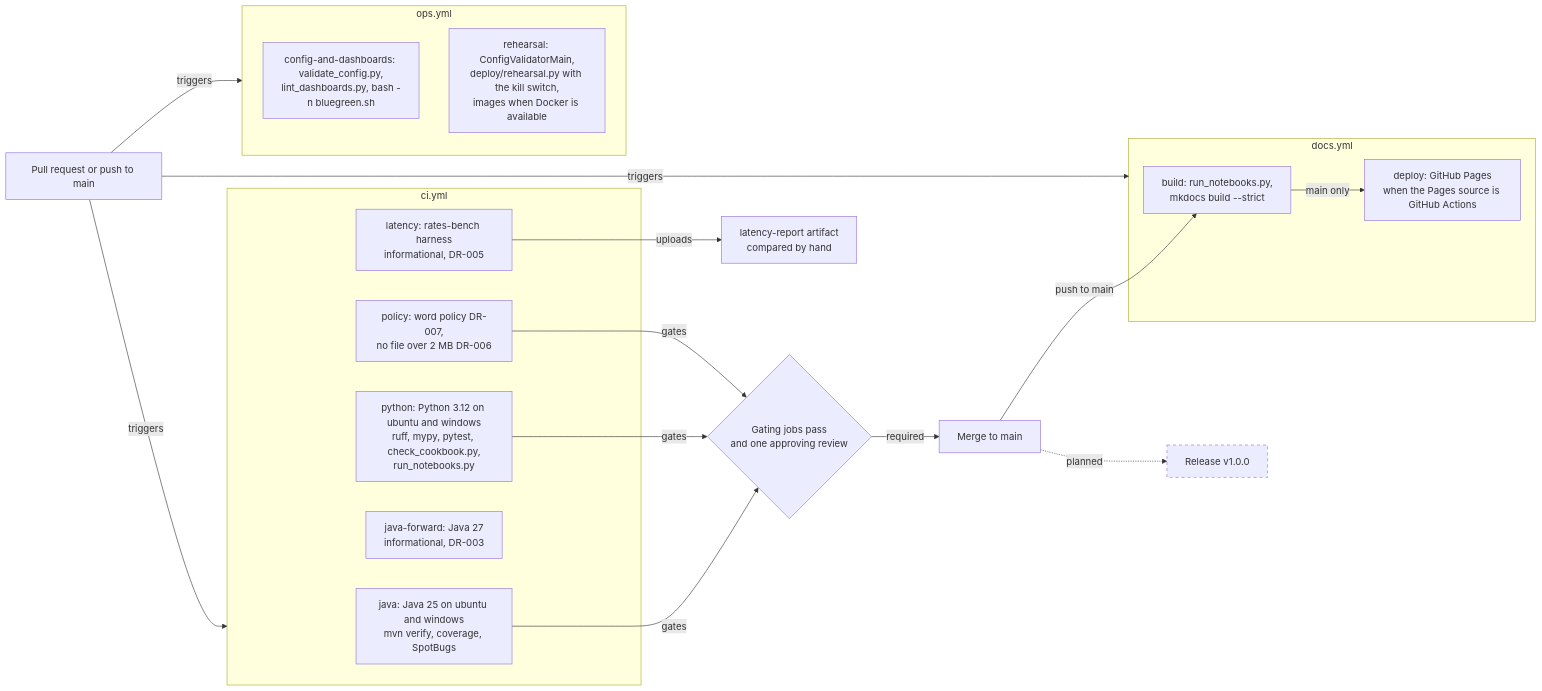
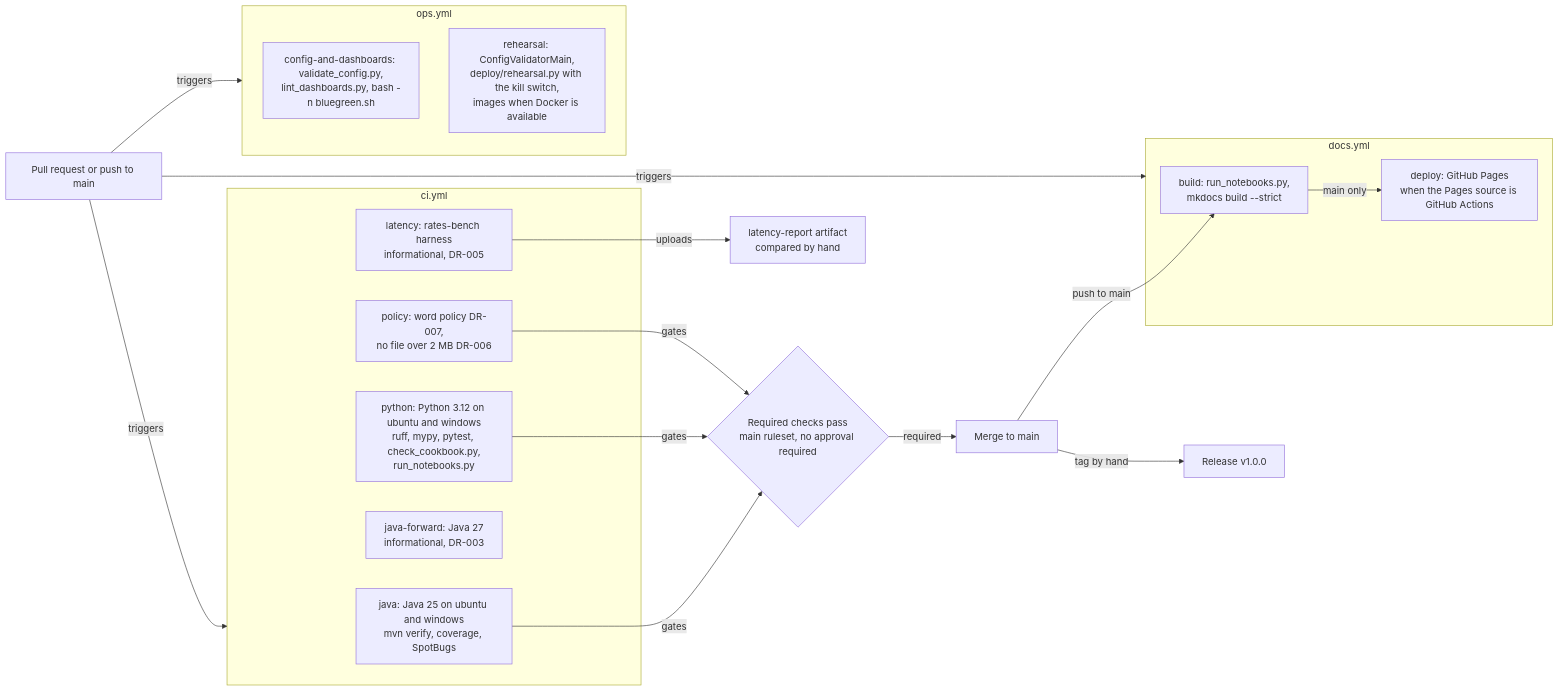
One commit to AshJha0/rates-algo-trading changed the diagram in docs/diagrams/ci_pipeline.mmd. Above: the diagram before and after it, drawn with Mermaid. The commit also changed 11 other files, not shown here.

```diff
--- a/docs/diagrams/ci_pipeline.mmd
+++ b/docs/diagrams/ci_pipeline.mmd
@@ -1,37 +1,34 @@
 %% Title: CI, docs and ops workflows on a pull request and on main
 flowchart LR
   pr["Pull request or push to main"]
   subgraph ci["ci.yml"]
     java["java: Java 25 on ubuntu and windows<br/>mvn verify, coverage, SpotBugs"]
     python["python: Python 3.12 on ubuntu and windows<br/>ruff, mypy, pytest, check_cookbook.py,<br/>run_notebooks.py"]
     policy["policy: word policy DR-007,<br/>no file over 2 MB DR-006"]
     fwd["java-forward: Java 27<br/>informational, DR-003"]
     lat["latency: rates-bench harness<br/>informational, DR-005"]
   end
   subgraph docs["docs.yml"]
     build["build: run_notebooks.py,<br/>mkdocs build --strict"]
     deploy["deploy: GitHub Pages<br/>when the Pages source is GitHub Actions"]
   end
   subgraph ops["ops.yml"]
     cfg["config-and-dashboards: validate_config.py,<br/>lint_dashboards.py, bash -n bluegreen.sh"]
     reh["rehearsal: ConfigValidatorMain,<br/>deploy/rehearsal.py with the kill switch,<br/>images when Docker is available"]
   end
-  gate{"Gating jobs pass<br/>and one approving review"}
+  gate{"Required checks pass<br/>main ruleset, no approval required"}
   merge["Merge to main"]
   report["latency-report artifact<br/>compared by hand"]
   release["Release v1.0.0"]
 
   pr -->|triggers| ci
   pr -->|triggers| docs
   pr -->|triggers| ops
   java -->|gates| gate
   python -->|gates| gate
   policy -->|gates| gate
   lat -->|uploads| report
   gate -->|required| merge
   merge -->|push to main| build
   build -->|main only| deploy
-  merge -.->|planned| release
-
-  classDef planned stroke-dasharray: 5 5
-  class release planned
+  merge -->|tag by hand| release
```
